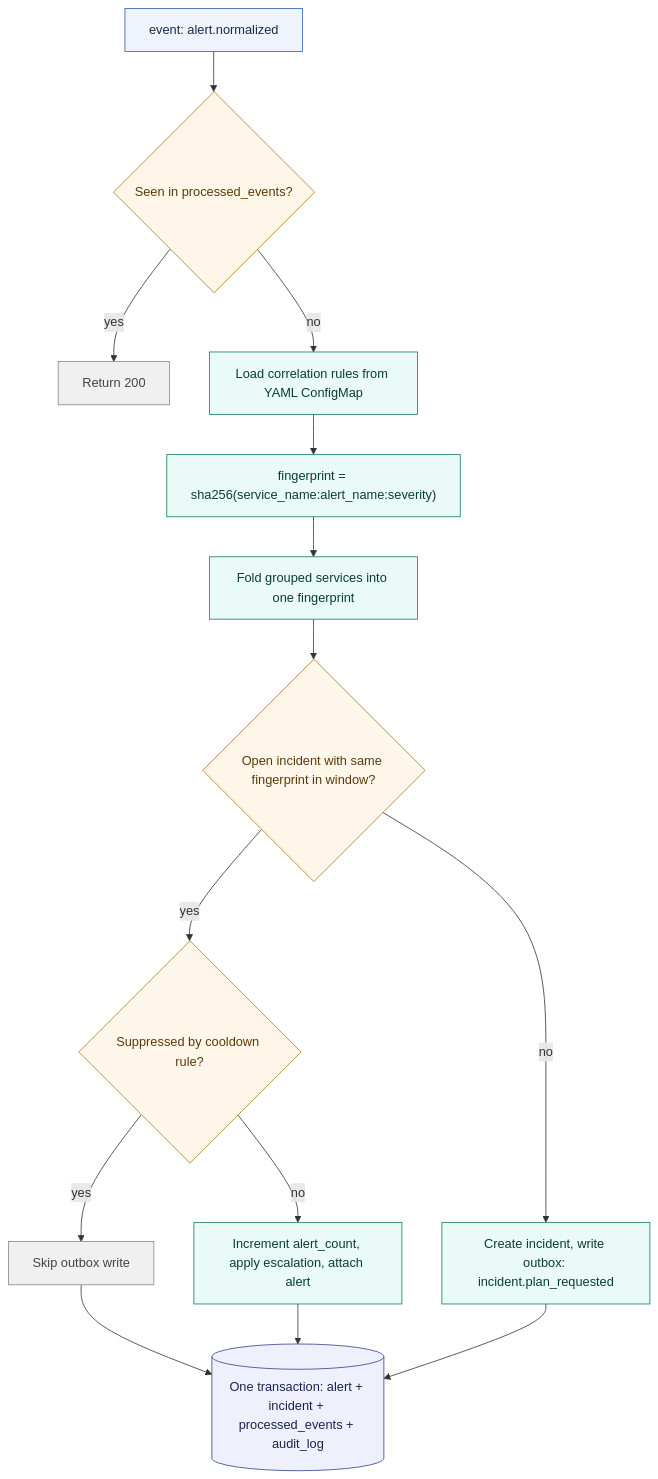
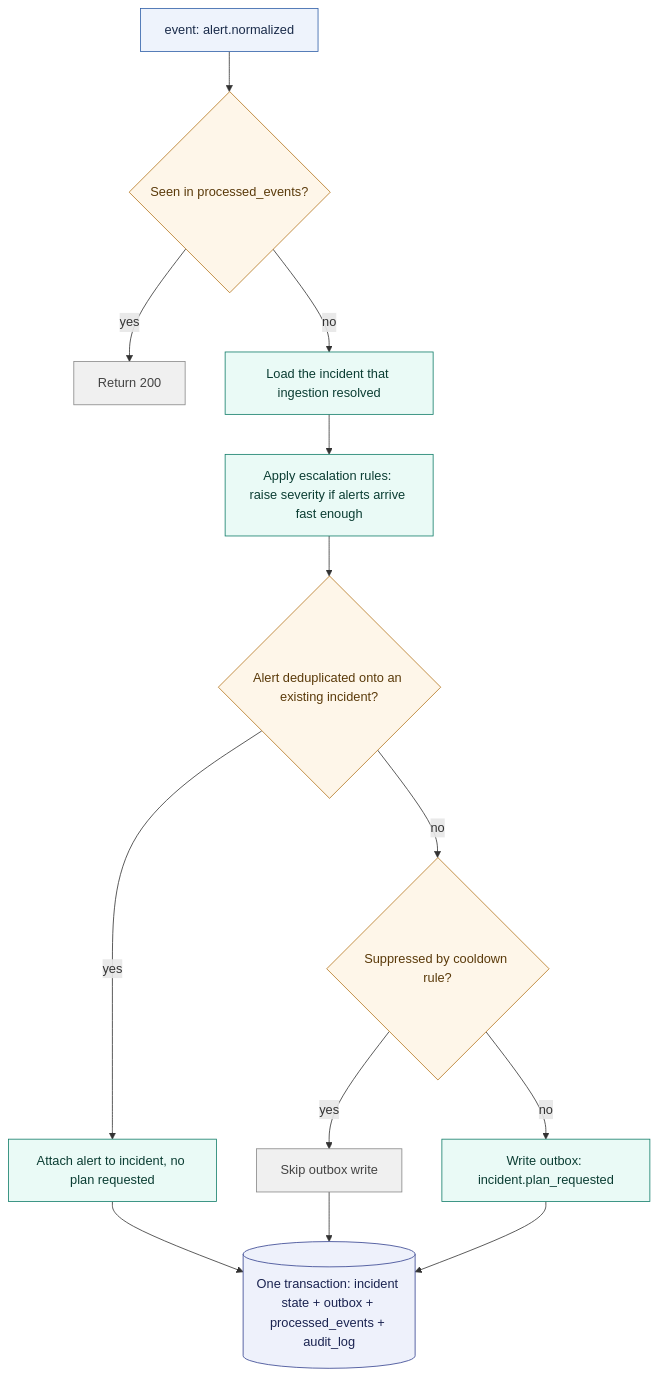
Before and after one commit to k-kohli10/radar-system: the second of 4 diagrams in docs/architecture/agent-pipeline.md, drawn with Mermaid. The commit also changed other lines of this file and 3 other files, not shown here.

Commit message:
fix(docs): correct architecture diagrams, drop internal phase refs, fix pipeline accuracy and a render-breaking note

````diff
--- a/docs/architecture/agent-pipeline.md
+++ b/docs/architecture/agent-pipeline.md
@@ -67,28 +67,27 @@
 ```mermaid
 flowchart TD
     A[event: alert.normalized] --> B{Seen in processed_events?}
     B -- yes --> R200[Return 200]
-    B -- no --> C[Load correlation rules from YAML ConfigMap]
-    C --> D["fingerprint = sha256(service_name:alert_name:severity)"]
-    D --> E[Fold grouped services into one fingerprint]
-    E --> F{Open incident with same fingerprint in window?}
-    F -- yes --> G{Suppressed by cooldown rule?}
+    B -- no --> C[Load the incident that ingestion resolved]
+    C --> D[Apply escalation rules: raise severity if alerts arrive fast enough]
+    D --> E{Alert deduplicated onto an existing incident?}
+    E -- yes --> F[Attach alert to incident, no plan requested]
+    E -- no --> G{Suppressed by cooldown rule?}
     G -- yes --> H[Skip outbox write]
-    G -- no --> I[Increment alert_count, apply escalation, attach alert]
-    F -- no --> J[Create incident, write outbox: incident.plan_requested]
-    H --> K[(One transaction: alert + incident + processed_events + audit_log)]
+    G -- no --> I[Write outbox: incident.plan_requested]
+    F --> K[(One transaction: incident state + outbox + processed_events + audit_log)]
+    H --> K
     I --> K
-    J --> K
 
     classDef event fill:#eef3fc,stroke:#2f5fa8,color:#1a2b4a;
     classDef decision fill:#fef6e9,stroke:#b5761f,color:#5a3a0a;
     classDef action fill:#eafaf6,stroke:#127d69,color:#0b3d33;
     classDef terminal fill:#f0f0f0,stroke:#888888,color:#444444;
     classDef commit fill:#eef1fb,stroke:#33418f,color:#1a2350;
 
     class A event
-    class B,F,G decision
-    class C,D,E,I,J action
+    class B,E,G decision
+    class C,D,F,I action
     class R200,H terminal
     class K commit
 ```
````
